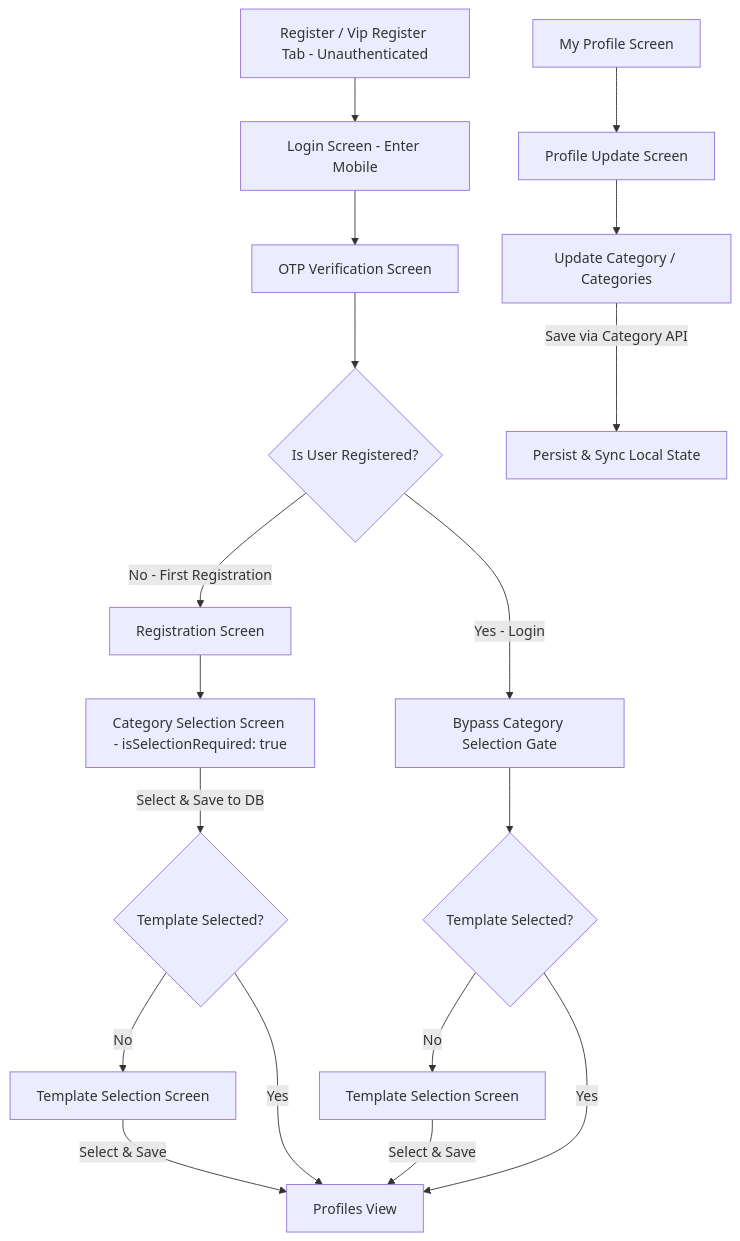
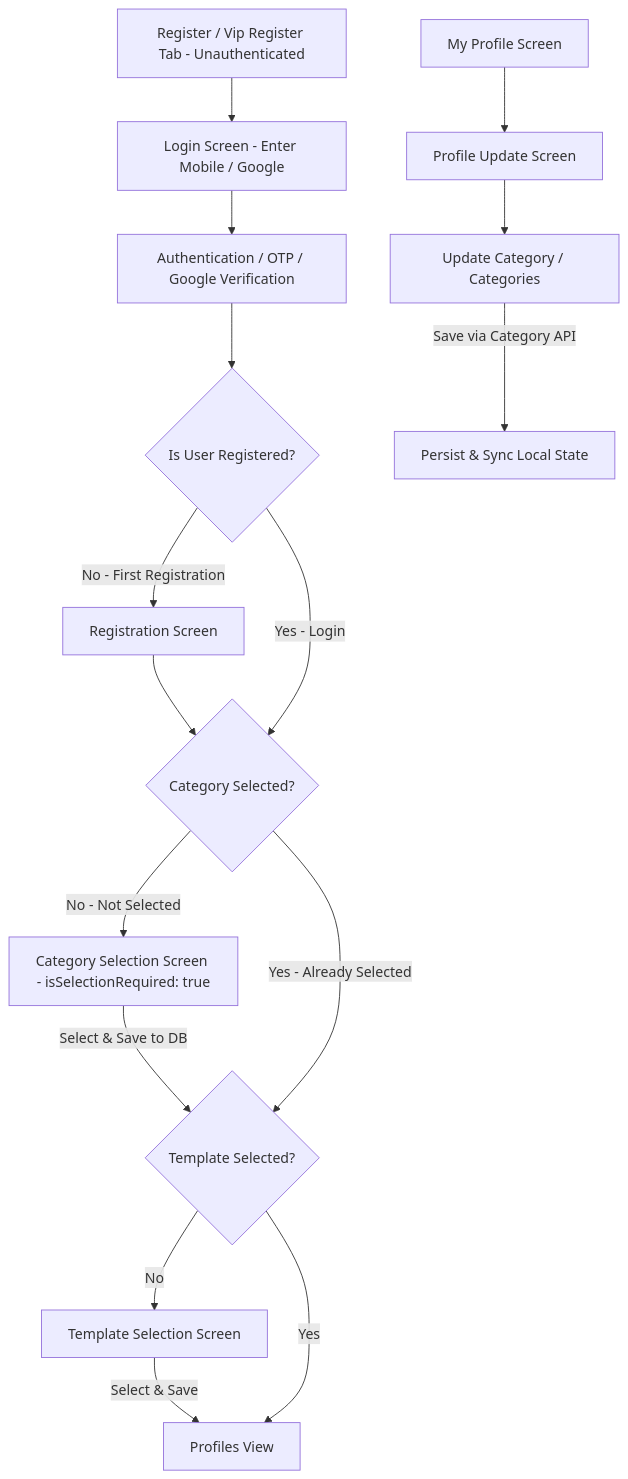
Before and after one commit to irshadvkd/holynikkah: the diagram in GEMINI.md, drawn with Mermaid. The commit also changed other lines of this file and 53 other files, not shown here.

````diff
--- a/GEMINI.md
+++ b/GEMINI.md
@@ -11,26 +11,28 @@
 ```mermaid
 graph TD
-    A[Register / Vip Register Tab - Unauthenticated] --> B[Login Screen - Enter Mobile]
-    B --> C[OTP Verification Screen]
+    A[Register / Vip Register Tab - Unauthenticated] --> B[Login Screen - Enter Mobile / Google]
+    B --> C[Authentication / OTP / Google Verification]
     C --> D{Is User Registered?}
     
     %% First Registration Flow
     D -->|No - First Registration| E[Registration Screen]
-    E --> F[Category Selection Screen - isSelectionRequired: true]
-    F -->|Select & Save to DB| G{Template Selected?}
-    G -->|No| H[Template Selection Screen]
-    H -->|Select & Save| I[Profiles View]
-    G -->|Yes| I
-
+    E --> F{Category Selected?}
+    
     %% Login Flow (Existing User)
-    D -->|Yes - Login| J[Bypass Category Selection Gate]
-    J --> K{Template Selected?}
-    K -->|No| L[Template Selection Screen]
-    L -->|Select & Save| I
-    K -->|Yes| I
+    D -->|Yes - Login| F
+    
+    %% Category Gate
+    F -->|No - Not Selected| G[Category Selection Screen - isSelectionRequired: true]
+    G -->|Select & Save to DB| H{Template Selected?}
+    F -->|Yes - Already Selected| H
+    
+    %% Template Gate
+    H -->|No| I[Template Selection Screen]
+    I -->|Select & Save| J[Profiles View]
+    H -->|Yes| J
 
     %% Profile Category Update
-    M[My Profile Screen] --> N[Profile Update Screen]
-    N --> O[Update Category / Categories]
-    O -->|Save via Category API| P[Persist & Sync Local State]
+    K[My Profile Screen] --> L[Profile Update Screen]
+    L --> M[Update Category / Categories]
+    M -->|Save via Category API| N[Persist & Sync Local State]
 ```
````
